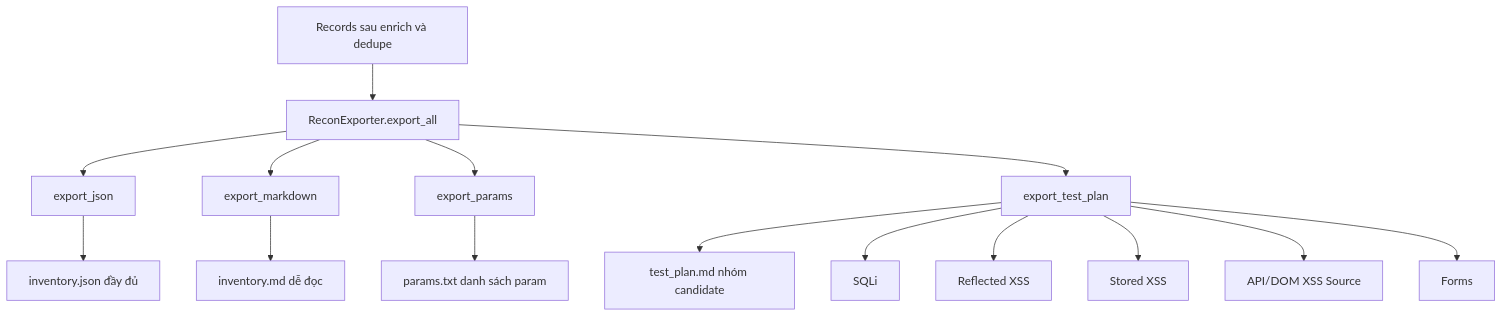
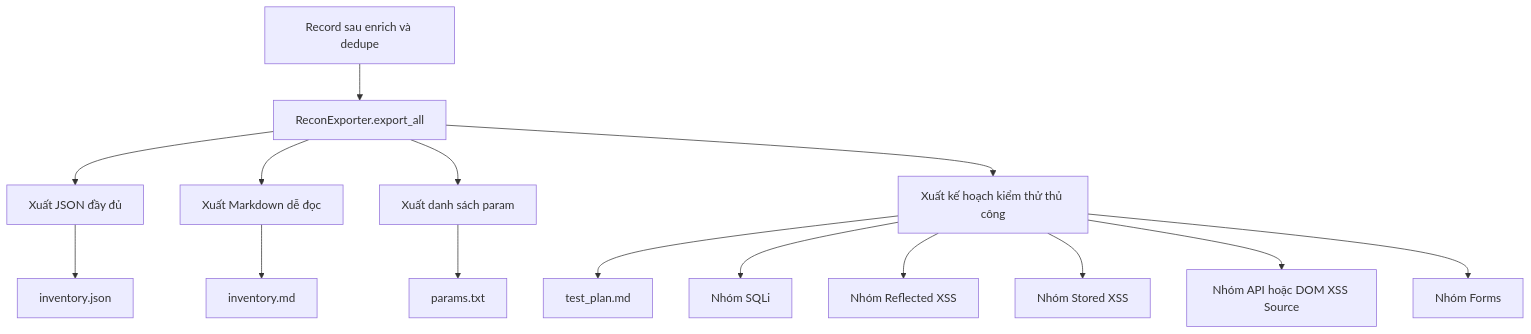
The ninth of 11 diagrams in RECON_FLOW.md (penguino7/toolkiemthu), drawn with Mermaid before and after one commit. The commit also changed other lines of this file, not shown here.

Commit message:
Update lại file recon

````diff
--- a/RECON_FLOW.md
+++ b/RECON_FLOW.md
@@ -234,20 +258,20 @@
 ```mermaid
 flowchart TD
-    A[Records sau enrich và dedupe] --> B[ReconExporter.export_all]
+    A[Record sau enrich và dedupe] --> B[ReconExporter.export_all]
 
-    B --> C[export_json]
-    B --> D[export_markdown]
-    B --> E[export_params]
-    B --> F[export_test_plan]
+    B --> C[Xuất JSON đầy đủ]
+    B --> D[Xuất Markdown dễ đọc]
+    B --> E[Xuất danh sách param]
+    B --> F[Xuất kế hoạch kiểm thử thủ công]
 
-    C --> G[inventory.json đầy đủ]
-    D --> H[inventory.md dễ đọc]
-    E --> I[params.txt danh sách param]
-    F --> J[test_plan.md nhóm candidate]
+    C --> G[inventory.json]
+    D --> H[inventory.md]
+    E --> I[params.txt]
+    F --> J[test_plan.md]
 
-    F --> K[SQLi]
-    F --> L[Reflected XSS]
-    F --> M[Stored XSS]
-    F --> N[API/DOM XSS Source]
-    F --> O[Forms]
+    F --> K[Nhóm SQLi]
+    F --> L[Nhóm Reflected XSS]
+    F --> M[Nhóm Stored XSS]
+    F --> N[Nhóm API hoặc DOM XSS Source]
+    F --> O[Nhóm Forms]
 ```
````
